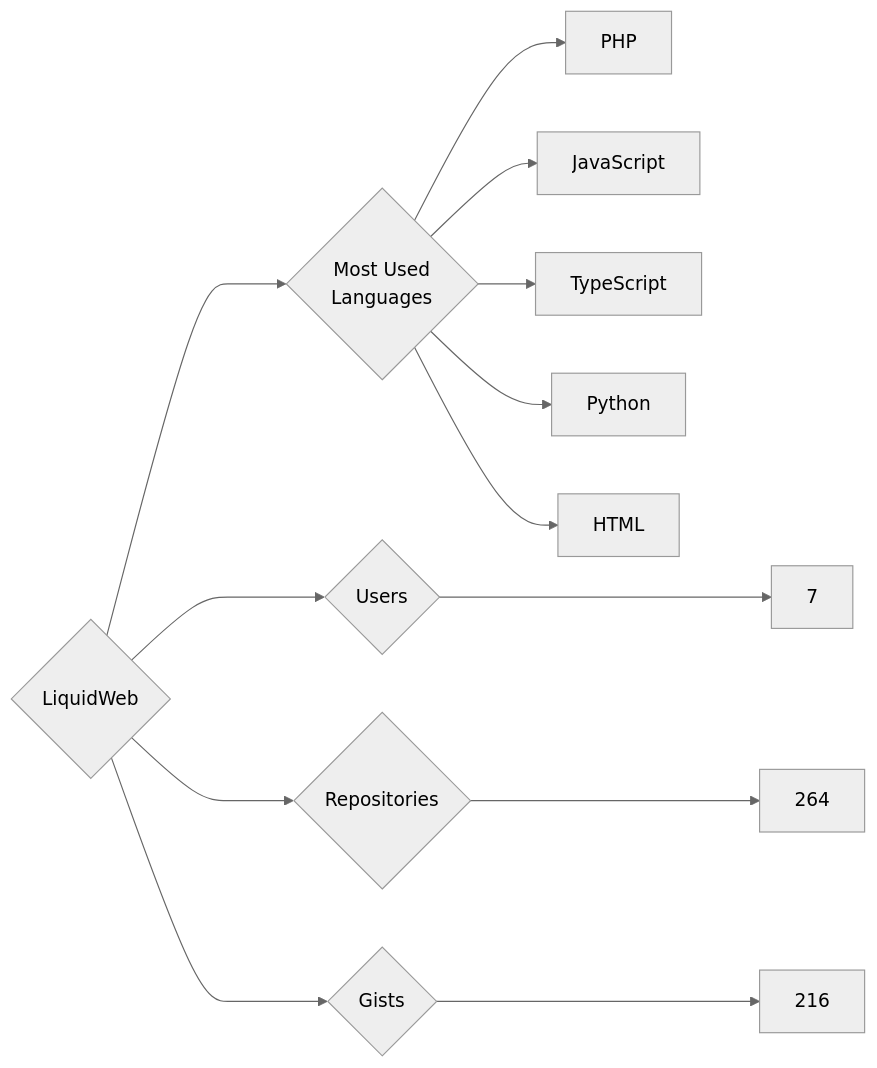
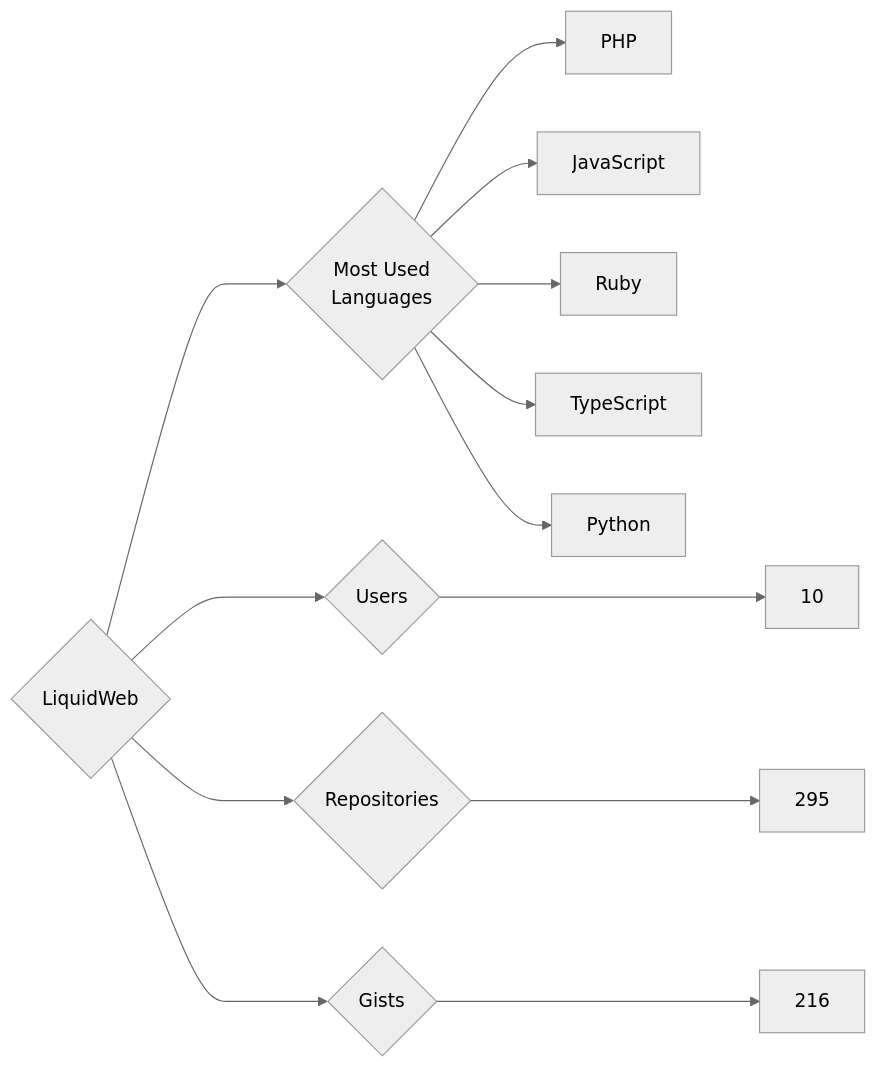
The diagram in targets/LiquidWeb/README.md (trickest/insiders), drawn with Mermaid (neutral theme) before and after one commit. The commit also changed 757 other files, not shown here.

````diff
--- a/targets/LiquidWeb/README.md
+++ b/targets/LiquidWeb/README.md
@@ -3,13 +3,13 @@
 ```mermaid
 graph LR
 COMPANY_NAME{LiquidWeb}
-COMPANY_NAME ---> U{Users} ---> UN[7]
-COMPANY_NAME ---> R{Repositories} ---> RN[264]
+COMPANY_NAME ---> U{Users} ---> UN[10]
+COMPANY_NAME ---> R{Repositories} ---> RN[295]
 COMPANY_NAME ---> G{Gists} ---> GN[216]
 COMPANY_NAME ---> ML{Most Used<br>Languages}
 ML --> PHP[PHP]
 ML --> JavaScript[JavaScript]
+ML --> Ruby[Ruby]
 ML --> TypeScript[TypeScript]
 ML --> Python[Python]
-ML --> HTML[HTML]
 ```
````
